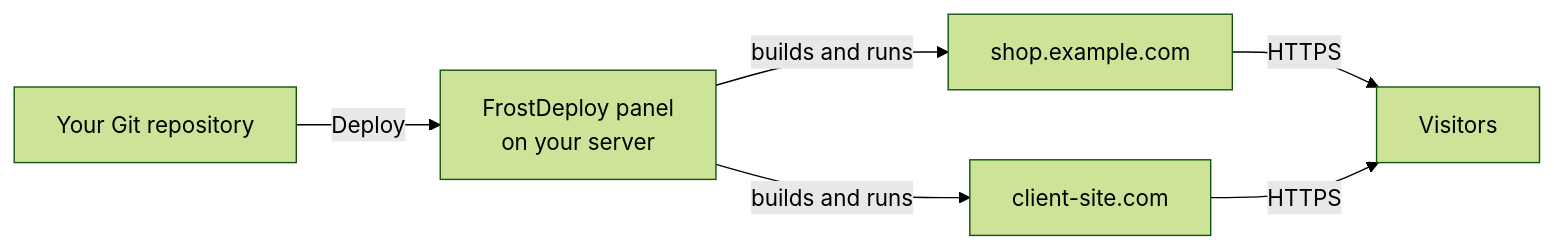
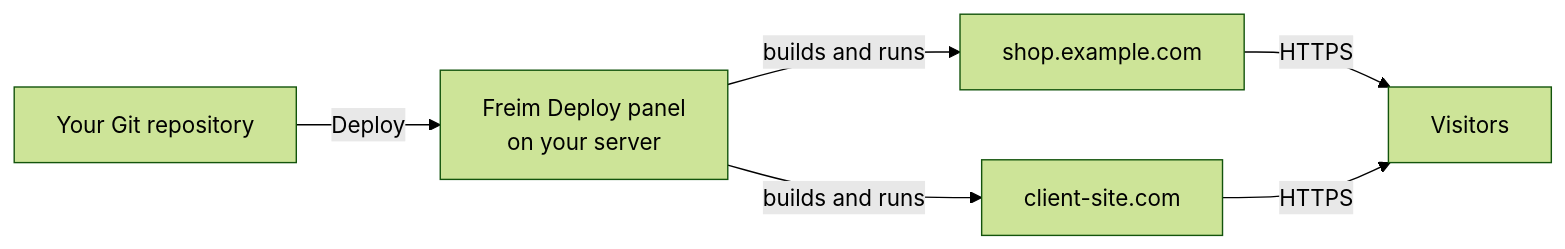
Before and after one commit to ARTFROST1/FreimDeploy: the first of 2 diagrams in README.md, drawn with Mermaid (forest theme). The commit also changed other lines of this file and 21 other files, not shown here.

````diff
--- a/README.md
+++ b/README.md
@@ -217,8 +224,8 @@
 ```mermaid
 flowchart LR
-    G["Your Git repository"] -->|Deploy| P["FrostDeploy panel<br/>on your server"]
+    G["Your Git repository"] -->|Deploy| P["Freim Deploy panel<br/>on your server"]
     P -->|builds and runs| S1["shop.example.com"]
     P -->|builds and runs| S2["client-site.com"]
     S1 -->|HTTPS| V["Visitors"]
     S2 -->|HTTPS| V
 ```
````
